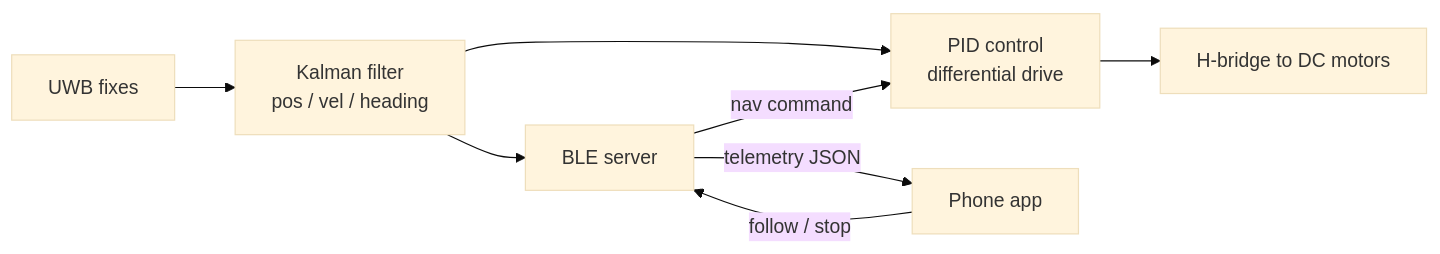
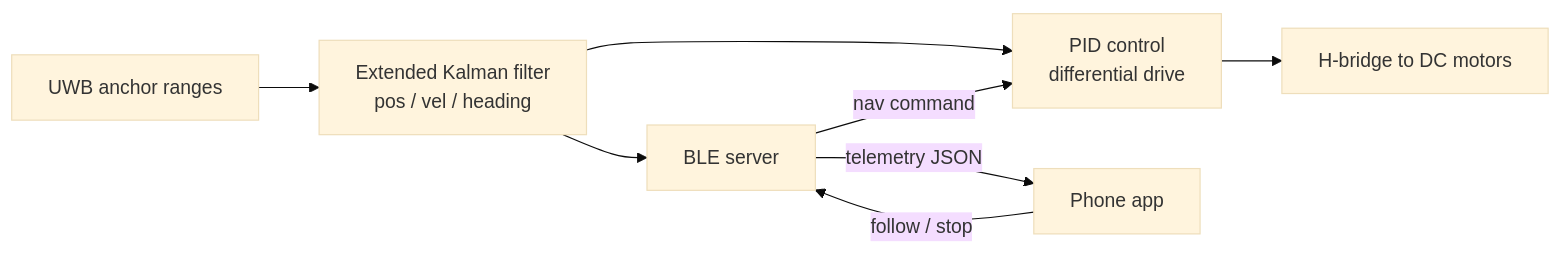
One commit to lxdinh/UWB_Luggage changed the diagram in README.md. Above: the diagram before and after it, drawn with Mermaid (base theme). The commit also changed other lines of this file and 4 other files, not shown here.

First line of the commit message:
Convert linear KF to range-based Extended Kalman Filter

````diff
--- a/README.md
+++ b/README.md
@@ -21,10 +21,10 @@
 ```mermaid
 flowchart LR
-  UWB[UWB fixes] --> KF[Kalman filter<br/>pos / vel / heading]
+  UWB[UWB anchor ranges] --> KF[Extended Kalman filter<br/>pos / vel / heading]
   KF --> PID[PID control<br/>differential drive]
   PID --> HB[H-bridge to DC motors]
   KF --> BLE[BLE server]
   BLE -- telemetry JSON --> Phone[Phone app]
   Phone -- follow / stop --> BLE
   BLE -- nav command --> PID
 ```
````
